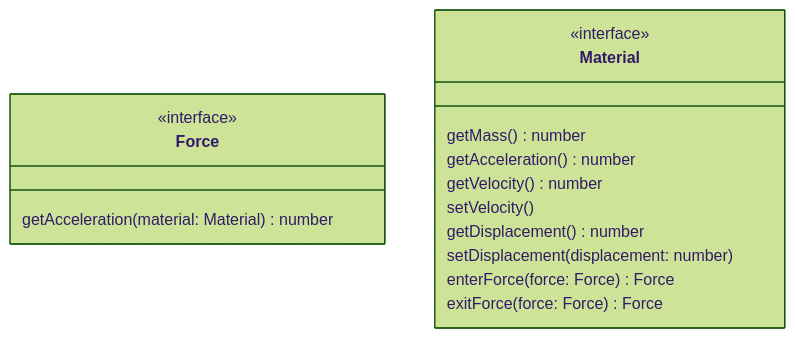
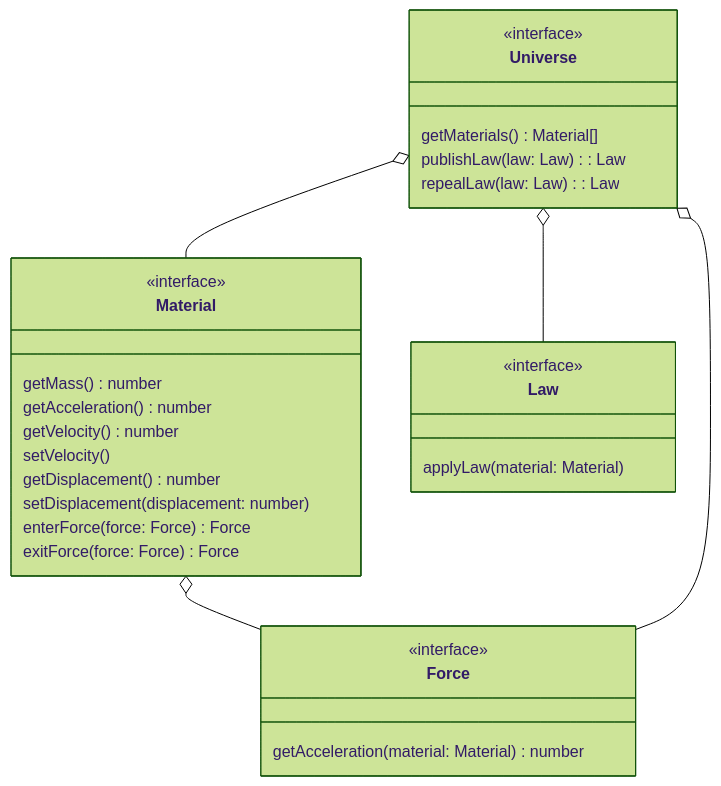
Before and after one commit to XFreeCoder/motion: the diagram in ARCHITECTURE.md, drawn with Mermaid (forest theme). The commit also changed 1 other file, not shown here.

Commit message:
docs: design Universe and Law class

````diff
--- a/ARCHITECTURE.md
+++ b/ARCHITECTURE.md
@@ -5,18 +5,36 @@
 ```mermaid
 classDiagram
+  Material o-- Force
+  Universe o-- Material 
+  Universe o-- Law 
+  Universe o-- Force 
+
+  class Universe {
+    <<interface>>
+    getMaterials() Material[]
+    publishLaw(law: Law): Law
+    repealLaw(law: Law): Law
+  }
+
+  class Law {
+    <<interface>>
+    applyLaw(material: Material)
+  }
+
   class Force {
     <<interface>>
     getAcceleration(material: Material) number
   }
+
   class Material {
     <<interface>>
     getMass() number
     getAcceleration() number
     getVelocity() number
     setVelocity()
     getDisplacement() number
     setDisplacement(displacement: number)
     enterForce(force: Force) Force 
     exitForce(force: Force) Force
   }
 ```
````
